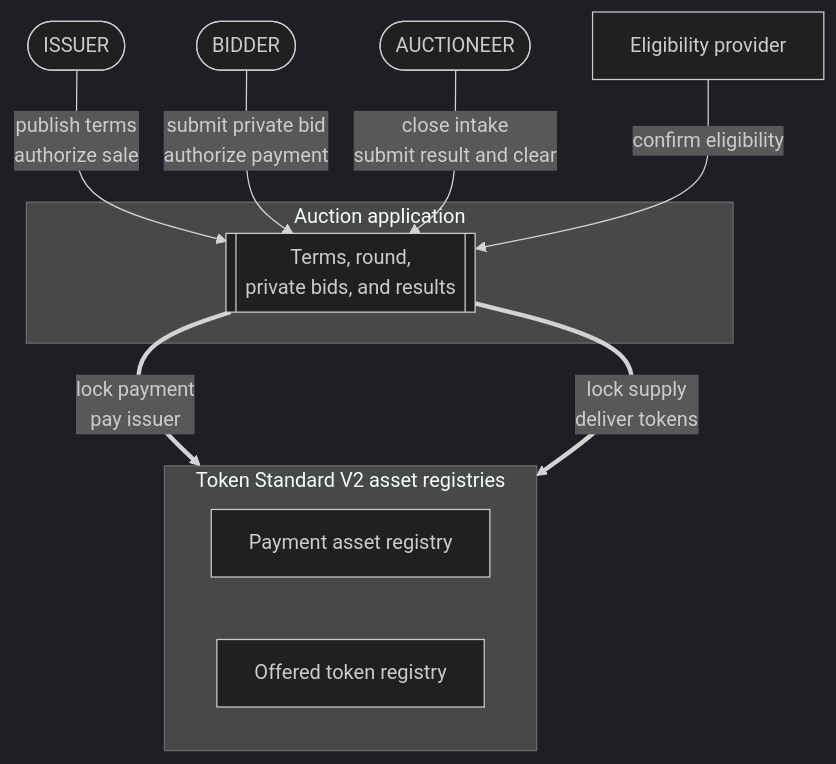
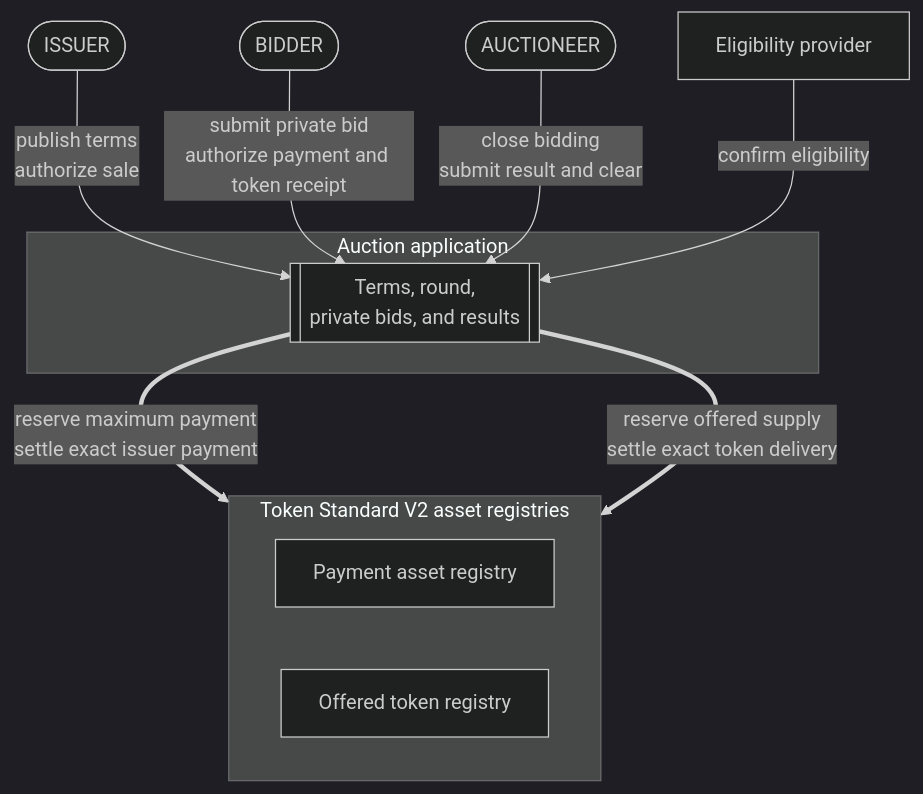
The first of 3 diagrams in docs/reference-architectures/confidential-auction.md (OpenZeppelin/canton-specs), drawn with Mermaid (dark theme) before and after one commit. The commit also changed other lines of this file, not shown here.

````diff
--- a/docs/reference-architectures/confidential-auction.md
+++ b/docs/reference-architectures/confidential-auction.md
@@ -120,24 +124,24 @@
 ```mermaid
 flowchart TB
     Issuer([ISSUER])
     Bidder([BIDDER])
     Auctioneer([AUCTIONEER])
     Eligibility["Eligibility provider"]
 
     subgraph App["Auction application"]
         Auction[["Terms, round,<br/>private bids, and results"]]
     end
 
     subgraph Assets["Token Standard V2 asset registries"]
         direction LR
         Payment["Payment asset registry"]
         Token["Offered token registry"]
     end
 
     Issuer -->|"publish terms<br/>authorize sale"| Auction
-    Bidder -->|"submit private bid<br/>authorize payment"| Auction
-    Auctioneer -->|"close intake<br/>submit result and clear"| Auction
+    Bidder -->|"submit private bid<br/>authorize payment and token receipt"| Auction
+    Auctioneer -->|"close bidding<br/>submit result and clear"| Auction
     Eligibility -->|"confirm eligibility"| Auction
-    Auction ==>|"lock payment<br/>pay issuer"| Payment
-    Auction ==>|"lock supply<br/>deliver tokens"| Token
+    Auction ==>|"reserve maximum payment<br/>settle exact issuer payment"| Payment
+    Auction ==>|"reserve offered supply<br/>settle exact token delivery"| Token
 ```
````
